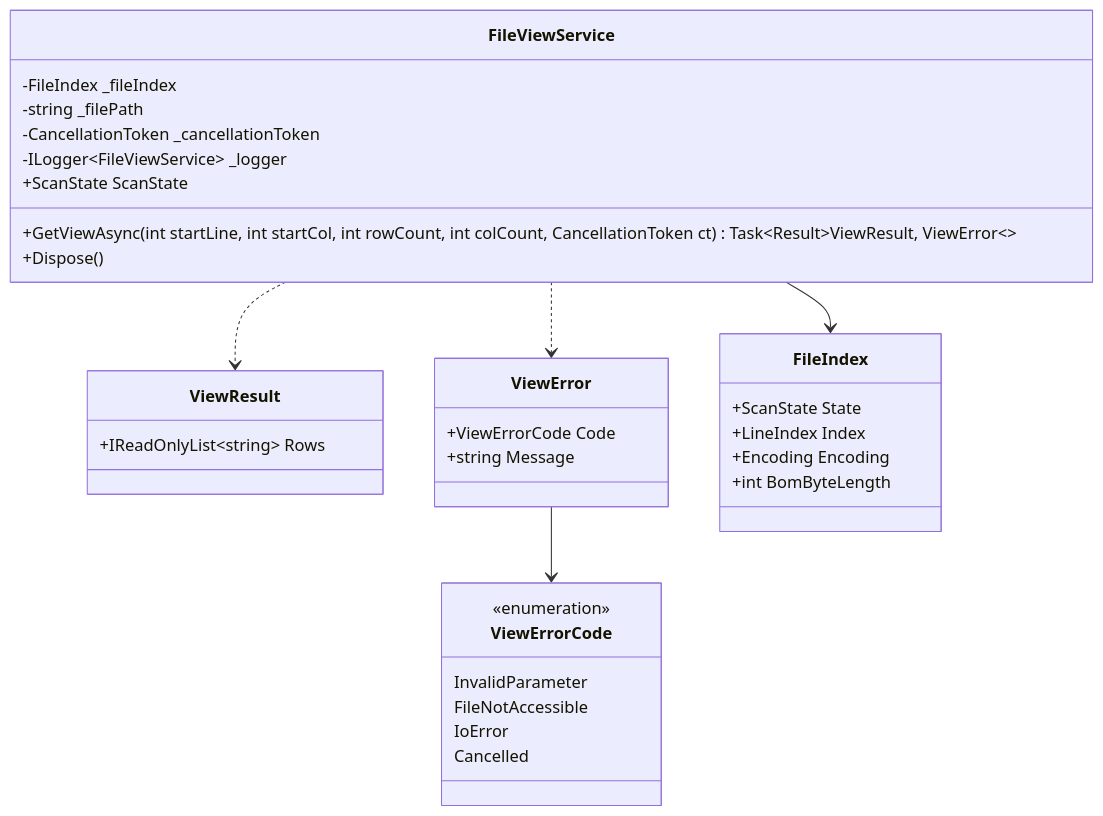
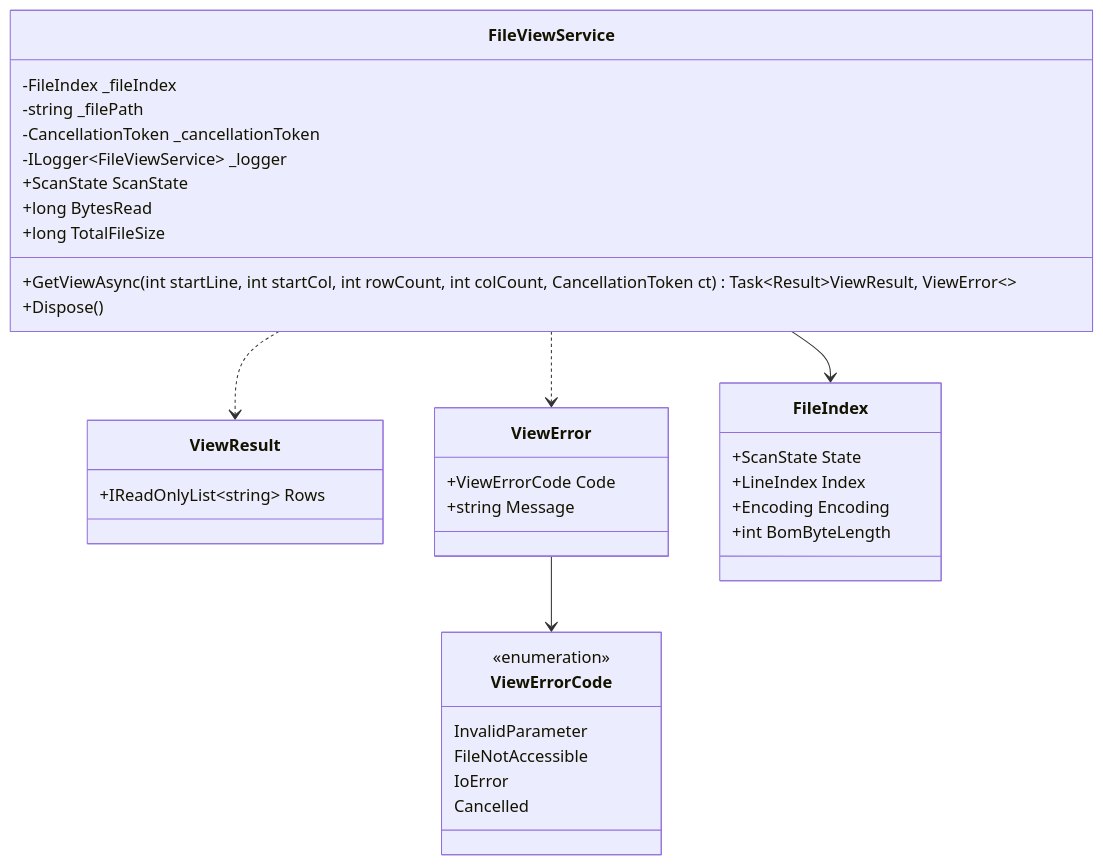
The second of 2 diagrams in .kiro/specs/_global/design-file-view-service.md (HerrDmitry/TextViewer), drawn with Mermaid before and after one commit. The commit also changed 9 other files, not shown here.

````diff
--- a/.kiro/specs/_global/design-file-view-service.md
+++ b/.kiro/specs/_global/design-file-view-service.md
@@ -46,36 +46,38 @@
 ```mermaid
 classDiagram
     class FileViewService {
         -FileIndex _fileIndex
         -string _filePath
         -CancellationToken _cancellationToken
         -ILogger~FileViewService~ _logger
         +ScanState ScanState
+        +long BytesRead
+        +long TotalFileSize
         +GetViewAsync(int startLine, int startCol, int rowCount, int colCount, CancellationToken ct) Task~Result~ViewResult, ViewError~~
         +Dispose()
     }
     class ViewResult {
         +IReadOnlyList~string~ Rows
     }
     class ViewError {
         +ViewErrorCode Code
         +string Message
     }
     class ViewErrorCode {
         <<enumeration>>
         InvalidParameter
         FileNotAccessible
         IoError
         Cancelled
     }
     class FileIndex {
         +ScanState State
         +LineIndex Index
         +Encoding Encoding
         +int BomByteLength
     }
     FileViewService --> FileIndex
     FileViewService ..> ViewResult
     FileViewService ..> ViewError
     ViewError --> ViewErrorCode
 ```
````
